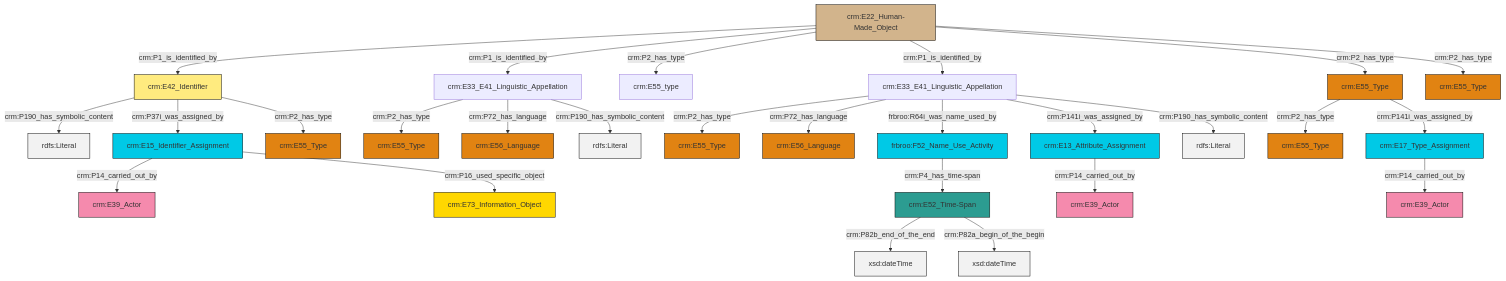
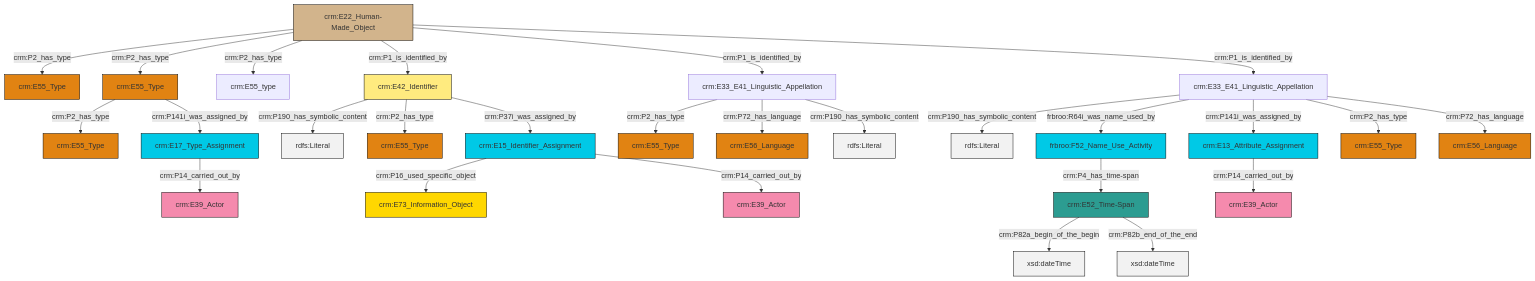
Before and after one commit to swiss-art-research-net/reference-data-models: the diagram in et/builtWorkCSV/ttl/mmd/Built_Work_Names.ttl.mmd, drawn with Mermaid. The commit also changed 126 other files, not shown here.

```diff
--- a/et/builtWorkCSV/ttl/mmd/Built_Work_Names.ttl.mmd
+++ b/et/builtWorkCSV/ttl/mmd/Built_Work_Names.ttl.mmd
@@ -1,41 +1,41 @@
 graph TD
 classDef Literal fill:#f2f2f2,stroke:#000000;
 classDef CRM_Entity fill:#FFFFFF,stroke:#000000;
 classDef Temporal_Entity fill:#00C9E6, stroke:#000000;
 classDef Type fill:#E18312, stroke:#000000;
 classDef Time-Span fill:#2C9C91, stroke:#000000;
 classDef Appellation fill:#FFEB7F, stroke:#000000;
 classDef Place fill:#008836, stroke:#000000;
 classDef Persistent_Item fill:#B266B2, stroke:#000000;
 classDef Conceptual_Object fill:#FFD700, stroke:#000000;
 classDef Physical_Thing fill:#D2B48C, stroke:#000000;
 classDef Actor fill:#f58aad, stroke:#000000;
 classDef PC_Classes fill:#4ce600, stroke:#000000;
 classDef Multi fill:#cccccc,stroke:#000000;
 
-0["crm:E33_E41_Linguistic_Appellation"]:::Default -->|crm:P2_has_type| 1["crm:E55_Type"]:::Type
-8["crm:E33_E41_Linguistic_Appellation"]:::Default -->|crm:P2_has_type| 9["crm:E55_Type"]:::Type
-0["crm:E33_E41_Linguistic_Appellation"]:::Default -->|crm:P72_has_language| 16["crm:E56_Language"]:::Type
-19["crm:E42_Identifier"]:::Appellation -->|crm:P190_has_symbolic_content| 20[rdfs:Literal]:::Literal
-8["crm:E33_E41_Linguistic_Appellation"]:::Default -->|crm:P72_has_language| 21["crm:E56_Language"]:::Type
-6["crm:E22_Human-Made_Object"]:::Physical_Thing -->|crm:P1_is_identified_by| 19["crm:E42_Identifier"]:::Appellation
-8["crm:E33_E41_Linguistic_Appellation"]:::Default -->|crm:P190_has_symbolic_content| 23[rdfs:Literal]:::Literal
-29["crm:E17_Type_Assignment"]:::Temporal_Entity -->|crm:P14_carried_out_by| 10["crm:E39_Actor"]:::Actor
-6["crm:E22_Human-Made_Object"]:::Physical_Thing -->|crm:P1_is_identified_by| 8["crm:E33_E41_Linguistic_Appellation"]:::Default
-14["crm:E55_Type"]:::Type -->|crm:P2_has_type| 2["crm:E55_Type"]:::Type
-6["crm:E22_Human-Made_Object"]:::Physical_Thing -->|crm:P2_has_type| 31["crm:E55_type"]:::Default
-34["crm:E15_Identifier_Assignment"]:::Temporal_Entity -->|crm:P14_carried_out_by| 35["crm:E39_Actor"]:::Actor
-6["crm:E22_Human-Made_Object"]:::Physical_Thing -->|crm:P1_is_identified_by| 0["crm:E33_E41_Linguistic_Appellation"]:::Default
-17["crm:E52_Time-Span"]:::Time-Span -->|crm:P82b_end_of_the_end| 41[xsd:dateTime]:::Literal
-32["frbroo:F52_Name_Use_Activity"]:::Temporal_Entity -->|crm:P4_has_time-span| 17["crm:E52_Time-Span"]:::Time-Span
-0["crm:E33_E41_Linguistic_Appellation"]:::Default -->|frbroo:R64i_was_name_used_by| 32["frbroo:F52_Name_Use_Activity"]:::Temporal_Entity
-0["crm:E33_E41_Linguistic_Appellation"]:::Default -->|crm:P141i_was_assigned_by| 12["crm:E13_Attribute_Assignment"]:::Temporal_Entity
-0["crm:E33_E41_Linguistic_Appellation"]:::Default -->|crm:P190_has_symbolic_content| 43[rdfs:Literal]:::Literal
-19["crm:E42_Identifier"]:::Appellation -->|crm:P37i_was_assigned_by| 34["crm:E15_Identifier_Assignment"]:::Temporal_Entity
-19["crm:E42_Identifier"]:::Appellation -->|crm:P2_has_type| 25["crm:E55_Type"]:::Type
-6["crm:E22_Human-Made_Object"]:::Physical_Thing -->|crm:P2_has_type| 14["crm:E55_Type"]:::Type
-17["crm:E52_Time-Span"]:::Time-Span -->|crm:P82a_begin_of_the_begin| 45[xsd:dateTime]:::Literal
-14["crm:E55_Type"]:::Type -->|crm:P141i_was_assigned_by| 29["crm:E17_Type_Assignment"]:::Temporal_Entity
-34["crm:E15_Identifier_Assignment"]:::Temporal_Entity -->|crm:P16_used_specific_object| 27["crm:E73_Information_Object"]:::Conceptual_Object
-12["crm:E13_Attribute_Assignment"]:::Temporal_Entity -->|crm:P14_carried_out_by| 36["crm:E39_Actor"]:::Actor
-6["crm:E22_Human-Made_Object"]:::Physical_Thing -->|crm:P2_has_type| 4["crm:E55_Type"]:::Type
+2["crm:E33_E41_Linguistic_Appellation"]:::Default -->|crm:P190_has_symbolic_content| 3[rdfs:Literal]:::Literal
+2["crm:E33_E41_Linguistic_Appellation"]:::Default -->|frbroo:R64i_was_name_used_by| 4["frbroo:F52_Name_Use_Activity"]:::Temporal_Entity
+11["crm:E55_Type"]:::Type -->|crm:P2_has_type| 7["crm:E55_Type"]:::Type
+2["crm:E33_E41_Linguistic_Appellation"]:::Default -->|crm:P141i_was_assigned_by| 16["crm:E13_Attribute_Assignment"]:::Temporal_Entity
+2["crm:E33_E41_Linguistic_Appellation"]:::Default -->|crm:P2_has_type| 20["crm:E55_Type"]:::Type
+22["crm:E15_Identifier_Assignment"]:::Temporal_Entity -->|crm:P16_used_specific_object| 24["crm:E73_Information_Object"]:::Conceptual_Object
+16["crm:E13_Attribute_Assignment"]:::Temporal_Entity -->|crm:P14_carried_out_by| 0["crm:E39_Actor"]:::Actor
+26["crm:E22_Human-Made_Object"]:::Physical_Thing -->|crm:P2_has_type| 9["crm:E55_Type"]:::Type
+4["frbroo:F52_Name_Use_Activity"]:::Temporal_Entity -->|crm:P4_has_time-span| 28["crm:E52_Time-Span"]:::Time-Span
+26["crm:E22_Human-Made_Object"]:::Physical_Thing -->|crm:P2_has_type| 11["crm:E55_Type"]:::Type
+29["crm:E33_E41_Linguistic_Appellation"]:::Default -->|crm:P2_has_type| 12["crm:E55_Type"]:::Type
+30["crm:E42_Identifier"]:::Appellation -->|crm:P190_has_symbolic_content| 31[rdfs:Literal]:::Literal
+33["crm:E17_Type_Assignment"]:::Temporal_Entity -->|crm:P14_carried_out_by| 34["crm:E39_Actor"]:::Actor
+26["crm:E22_Human-Made_Object"]:::Physical_Thing -->|crm:P2_has_type| 18["crm:E55_type"]:::Default
+11["crm:E55_Type"]:::Type -->|crm:P141i_was_assigned_by| 33["crm:E17_Type_Assignment"]:::Temporal_Entity
+26["crm:E22_Human-Made_Object"]:::Physical_Thing -->|crm:P1_is_identified_by| 30["crm:E42_Identifier"]:::Appellation
+26["crm:E22_Human-Made_Object"]:::Physical_Thing -->|crm:P1_is_identified_by| 29["crm:E33_E41_Linguistic_Appellation"]:::Default
+28["crm:E52_Time-Span"]:::Time-Span -->|crm:P82a_begin_of_the_begin| 40[xsd:dateTime]:::Literal
+29["crm:E33_E41_Linguistic_Appellation"]:::Default -->|crm:P72_has_language| 14["crm:E56_Language"]:::Type
+29["crm:E33_E41_Linguistic_Appellation"]:::Default -->|crm:P190_has_symbolic_content| 41[rdfs:Literal]:::Literal
+30["crm:E42_Identifier"]:::Appellation -->|crm:P2_has_type| 35["crm:E55_Type"]:::Type
+2["crm:E33_E41_Linguistic_Appellation"]:::Default -->|crm:P72_has_language| 5["crm:E56_Language"]:::Type
+28["crm:E52_Time-Span"]:::Time-Span -->|crm:P82b_end_of_the_end| 47[xsd:dateTime]:::Literal
+22["crm:E15_Identifier_Assignment"]:::Temporal_Entity -->|crm:P14_carried_out_by| 38["crm:E39_Actor"]:::Actor
+30["crm:E42_Identifier"]:::Appellation -->|crm:P37i_was_assigned_by| 22["crm:E15_Identifier_Assignment"]:::Temporal_Entity
+26["crm:E22_Human-Made_Object"]:::Physical_Thing -->|crm:P1_is_identified_by| 2["crm:E33_E41_Linguistic_Appellation"]:::Default
```
